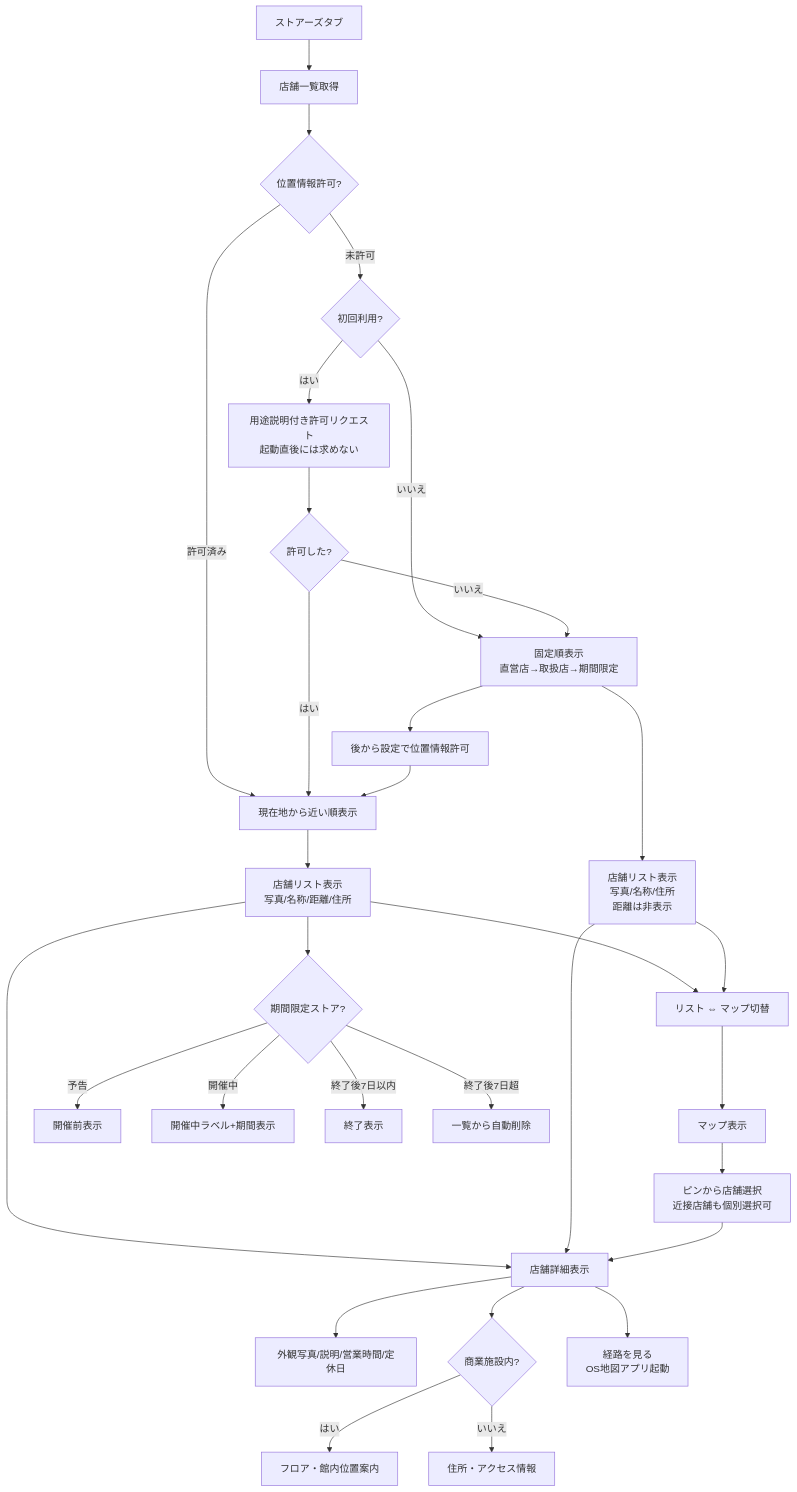
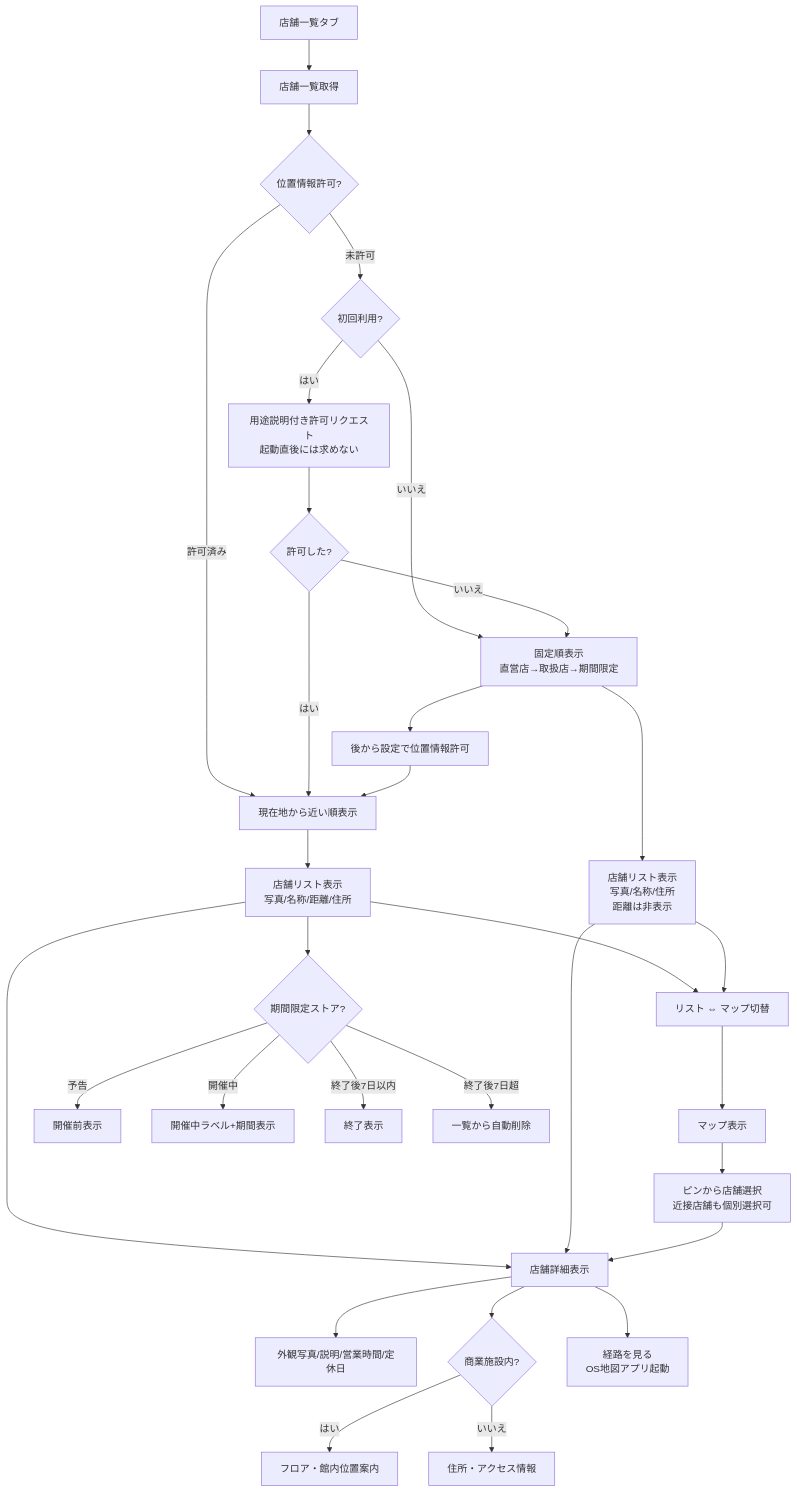
The ninth of 14 diagrams in docs/03_ユーザーストーリー.md (YukaHasebe/bi-su-app), drawn with Mermaid before and after one commit. The commit also changed other lines of this file and 7 other files, not shown here.

````diff
--- a/docs/03_ユーザーストーリー.md
+++ b/docs/03_ユーザーストーリー.md
@@ -903,40 +903,40 @@
 ```mermaid
 flowchart TD
-    A[ストアーズタブ] --> B[店舗一覧取得]
+    A[店舗一覧タブ] --> B[店舗一覧取得]
     B --> C{位置情報許可?}
     C -- 許可済み --> D[現在地から近い順表示]
     C -- 未許可 --> E{初回利用?}
     E -- はい --> F[用途説明付き許可リクエスト<br/>起動直後には求めない]
     E -- いいえ --> G[固定順表示<br/>直営店→取扱店→期間限定]
     F --> H{許可した?}
     H -- はい --> D
     H -- いいえ --> G
 
     D --> I[店舗リスト表示<br/>写真/名称/距離/住所]
     G --> I2[店舗リスト表示<br/>写真/名称/住所<br/>距離は非表示]
 
     I --> J[リスト ⇔ マップ切替]
     I2 --> J
 
     J --> K[マップ表示]
     K --> L[ピンから店舗選択<br/>近接店舗も個別選択可]
 
     I --> M[店舗詳細表示]
     I2 --> M
     L --> M
 
     M --> N[外観写真/説明/営業時間/定休日]
     M --> O{商業施設内?}
     O -- はい --> P[フロア・館内位置案内]
     O -- いいえ --> Q[住所・アクセス情報]
     M --> R[経路を見る<br/>OS地図アプリ起動]
 
     I --> S{期間限定ストア?}
     S -- 予告 --> T[開催前表示]
     S -- 開催中 --> U[開催中ラベル+期間表示]
     S -- 終了後7日以内 --> V[終了表示]
     S -- 終了後7日超 --> W[一覧から自動削除]
 
     G --> X[後から設定で位置情報許可]
     X --> D
 ```
````
